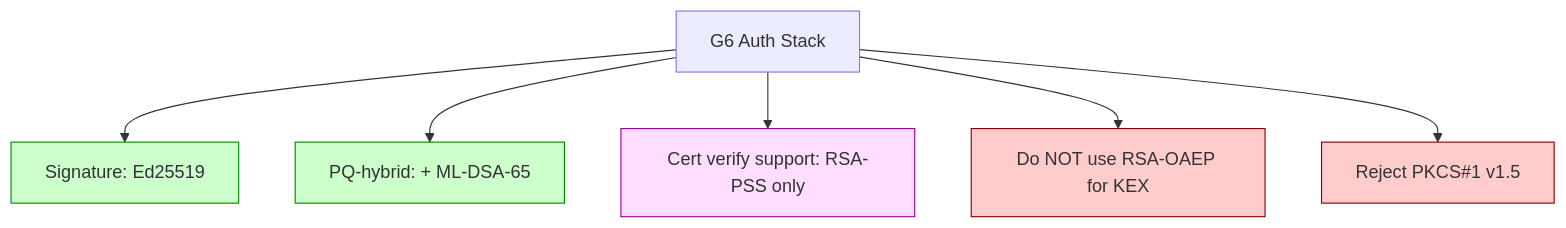
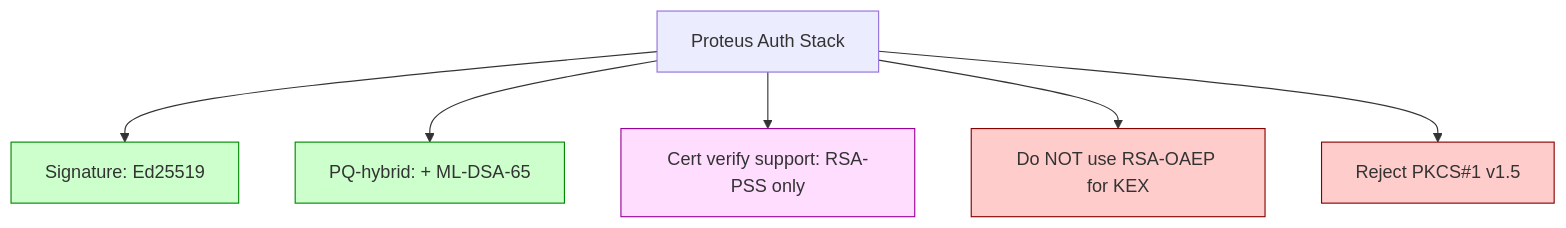
Before and after one commit to Icarus603/network-from-scratch: the third of 3 diagrams in lessons/part-3-cryptography/3.4-rsa.md, drawn with Mermaid. The commit also changed other lines of this file and 300 other files, not shown here.

````diff
--- a/lessons/part-3-cryptography/3.4-rsa.md
+++ b/lessons/part-3-cryptography/3.4-rsa.md
@@ -383,13 +383,13 @@
 ```mermaid
 flowchart TD
     classDef chosen fill:#cfc,stroke:#080
     classDef avoid fill:#fcc,stroke:#800
     classDef compat fill:#fdf,stroke:#909
 
-    G6Auth[G6 Auth Stack]
-    G6Auth --> Sig[Signature: Ed25519]:::chosen
-    G6Auth --> PQ_Sig[PQ-hybrid: + ML-DSA-65]:::chosen
-    G6Auth --> Cert_RSA[Cert verify support: RSA-PSS only]:::compat
-    G6Auth --> Reject_OAEP[Do NOT use RSA-OAEP for KEX]:::avoid
-    G6Auth --> Reject_PKCSv15[Reject PKCS#1 v1.5]:::avoid
+    ProteusAuth[Proteus Auth Stack]
+    ProteusAuth --> Sig[Signature: Ed25519]:::chosen
+    ProteusAuth --> PQ_Sig[PQ-hybrid: + ML-DSA-65]:::chosen
+    ProteusAuth --> Cert_RSA[Cert verify support: RSA-PSS only]:::compat
+    ProteusAuth --> Reject_OAEP[Do NOT use RSA-OAEP for KEX]:::avoid
+    ProteusAuth --> Reject_PKCSv15[Reject PKCS#1 v1.5]:::avoid
 ```
````
